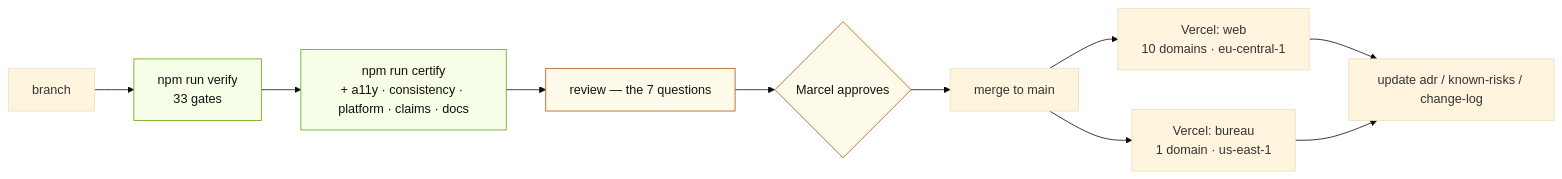
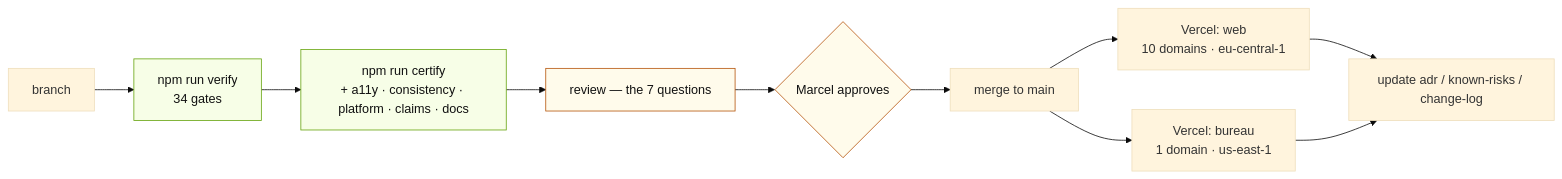
The eighth of 10 diagrams in docs/architecture/diagrams.md (buddy1974/maxpromo.digital), drawn with Mermaid (base theme) before and after one commit. The commit also changed 6 other files, not shown here.

````diff
--- a/docs/architecture/diagrams.md
+++ b/docs/architecture/diagrams.md
@@ -276,19 +276,19 @@
 ```mermaid
 flowchart LR
-  BR["branch"] --> V["npm run verify<br/>33 gates"]
+  BR["branch"] --> V["npm run verify<br/>34 gates"]
   V --> C["npm run certify<br/>+ a11y · consistency · platform · claims · docs"]
   C --> REV["review — the 7 questions"]
   REV --> APP{"Marcel approves"}
   APP --> MERGE["merge to main"]
 
   MERGE --> VW["Vercel: web<br/>10 domains · eu-central-1"]
   MERGE --> VB["Vercel: bureau<br/>1 domain · us-east-1"]
 
   VW --> DOC["update adr / known-risks / change-log"]
   VB --> DOC
 
   classDef gate fill:#F7FEE7,stroke:#65A30D,color:#111111
   classDef human fill:#FFFBEB,stroke:#B45309,color:#111111
   class V,C gate
   class REV,APP human
 ```
````
